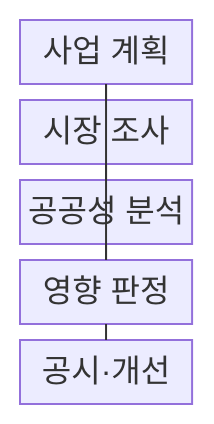
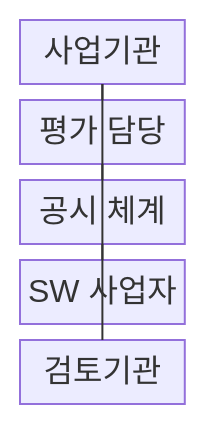
Before and after one commit to agnusdei1207/knowledge-base: the first of 2 diagrams in src/content/docs/notes/03-software/192_sw_business_impact_assessment.md, drawn with Mermaid. The commit also changed other lines of this file and 20 other files, not shown here.

````diff
--- a/src/content/docs/notes/03-software/192_sw_business_impact_assessment.md
+++ b/src/content/docs/notes/03-software/192_sw_business_impact_assessment.md
@@ -49,14 +50,13 @@
 ```mermaid
-block-beta
+block
     columns 1
-    A["사업 계획"]
-    B["시장 조사"]
-    C["공공성 분석"]
-    D["영향 판정"]
-    E["공시·개선"]
-    A --- B
-    A --- C
-    B --- D
-    C --- D
-    D --- E
+    A["사업기관"]
+    E["평가 담당"]
+    P["공시 체계"]
+    S["SW 사업자"]
+    G["검토기관"]
+    A --- E
+    A --- P
+    P --- S
+    E --- G
 ```
````
